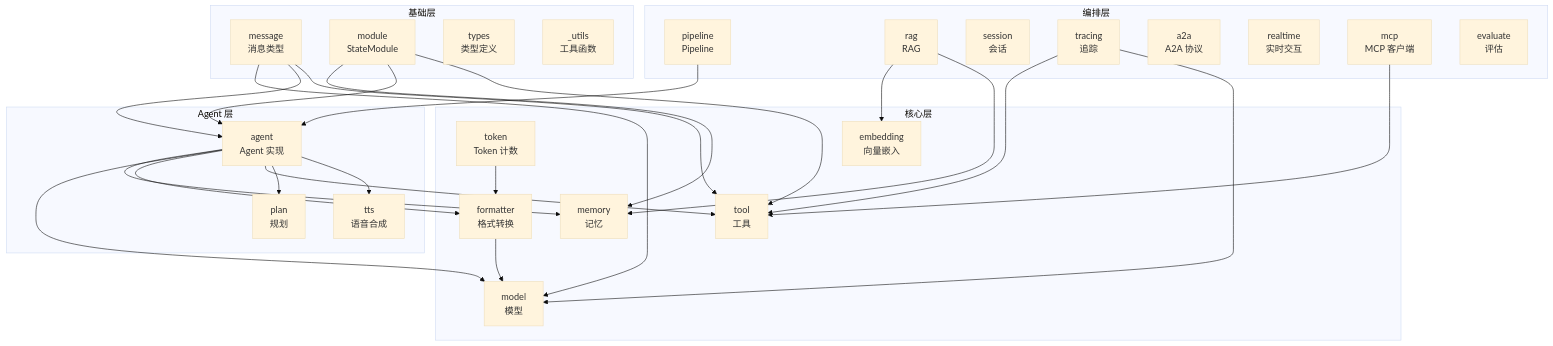
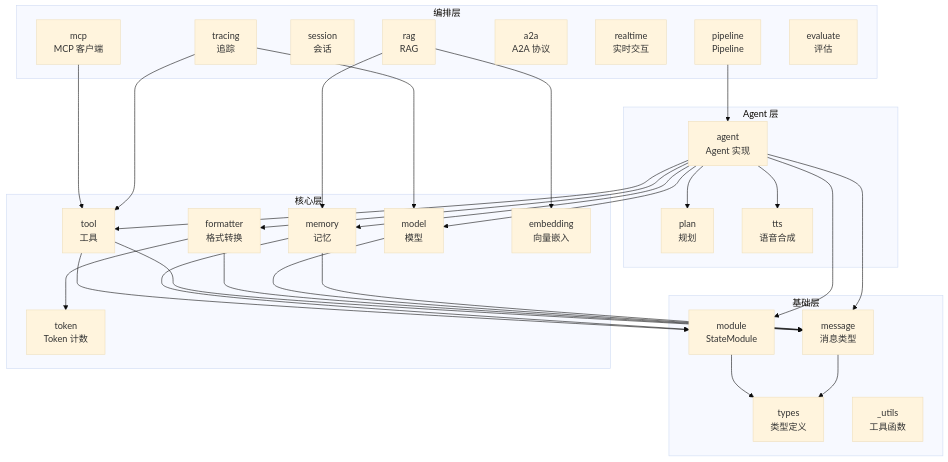
One commit to nadav-cheung/agentscope changed the first of 2 diagrams in teaching/book/volume-4-why/ch36-panorama.md. Above: the diagram before and after it, drawn with Mermaid (base theme). The commit also changed other lines of this file and 4 other files, not shown here.

````diff
--- a/teaching/book/volume-4-why/ch36-panorama.md
+++ b/teaching/book/volume-4-why/ch36-panorama.md
@@ -13,60 +13,62 @@
 ```mermaid
 flowchart TD
     subgraph "基础层"
         MSG["message<br/>消息类型"]
         MOD["module<br/>StateModule"]
         TYP["types<br/>类型定义"]
         UTL["_utils<br/>工具函数"]
     end
 
     subgraph "核心层"
         MEM["memory<br/>记忆"]
         MOD2["model<br/>模型"]
         FMT["formatter<br/>格式转换"]
         TOK["token<br/>Token 计数"]
         TOL["tool<br/>工具"]
         EMB["embedding<br/>向量嵌入"]
     end
 
     subgraph "Agent 层"
         AGT["agent<br/>Agent 实现"]
         PLN["plan<br/>规划"]
         TTS["tts<br/>语音合成"]
     end
 
     subgraph "编排层"
         PIP["pipeline<br/>Pipeline"]
         RAG["rag<br/>RAG"]
         SES["session<br/>会话"]
         TRC["tracing<br/>追踪"]
         A2A["a2a<br/>A2A 协议"]
         RLT["realtime<br/>实时交互"]
         MCP["mcp<br/>MCP 客户端"]
         EVL["evaluate<br/>评估"]
     end
 
-    MSG --> MOD2
-    MSG --> AGT
-    MSG --> TOL
+    MSG --> TYP
+    MOD --> TYP
 
-    MOD --> MEM
-    MOD --> AGT
-    MOD --> TOL
+    MEM --> MOD
+    MEM --> MSG
+    MOD2 --> MSG
+    FMT --> MSG
+    FMT --> TOK
+    TOL --> MOD
+    TOL --> MSG
 
-    FMT --> MOD2
-    TOK --> FMT
-
+    AGT --> MSG
+    AGT --> MOD
     AGT --> MEM
     AGT --> MOD2
     AGT --> FMT
     AGT --> TOL
     AGT --> PLN
     AGT --> TTS
 
     PIP --> AGT
     RAG --> EMB
     RAG --> MEM
     TRC --> TOL
     TRC --> MOD2
     MCP --> TOL
 ```
````
